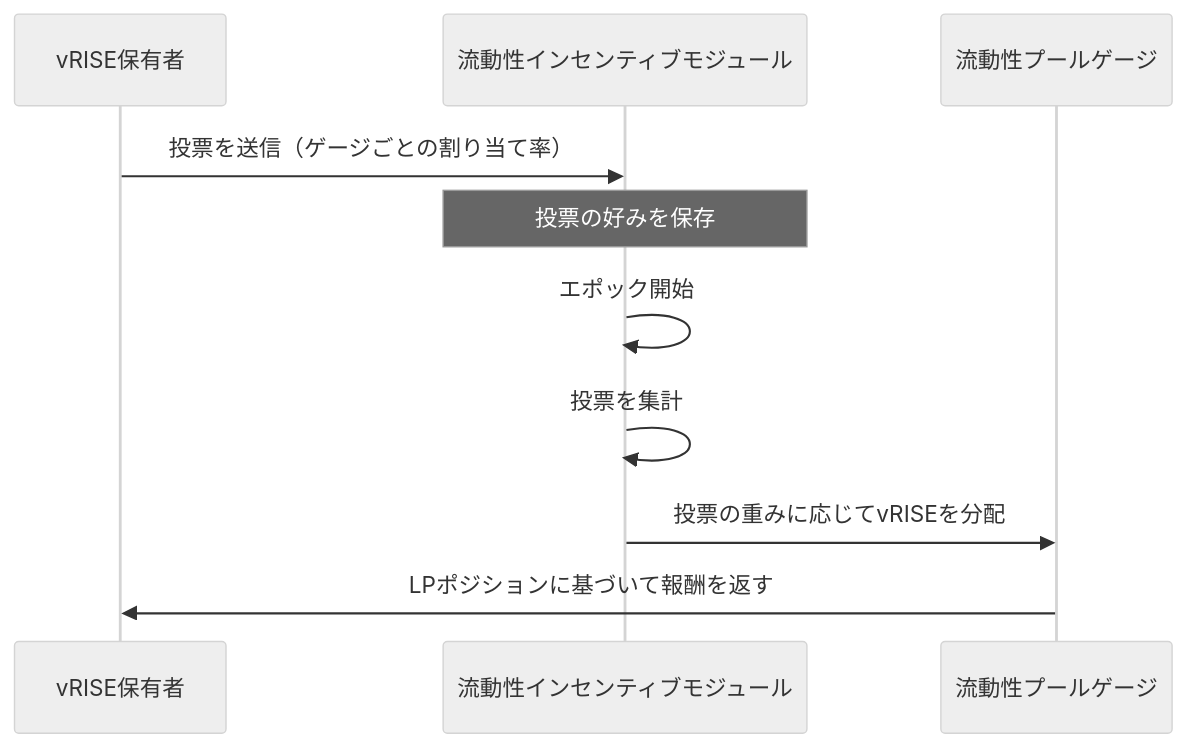
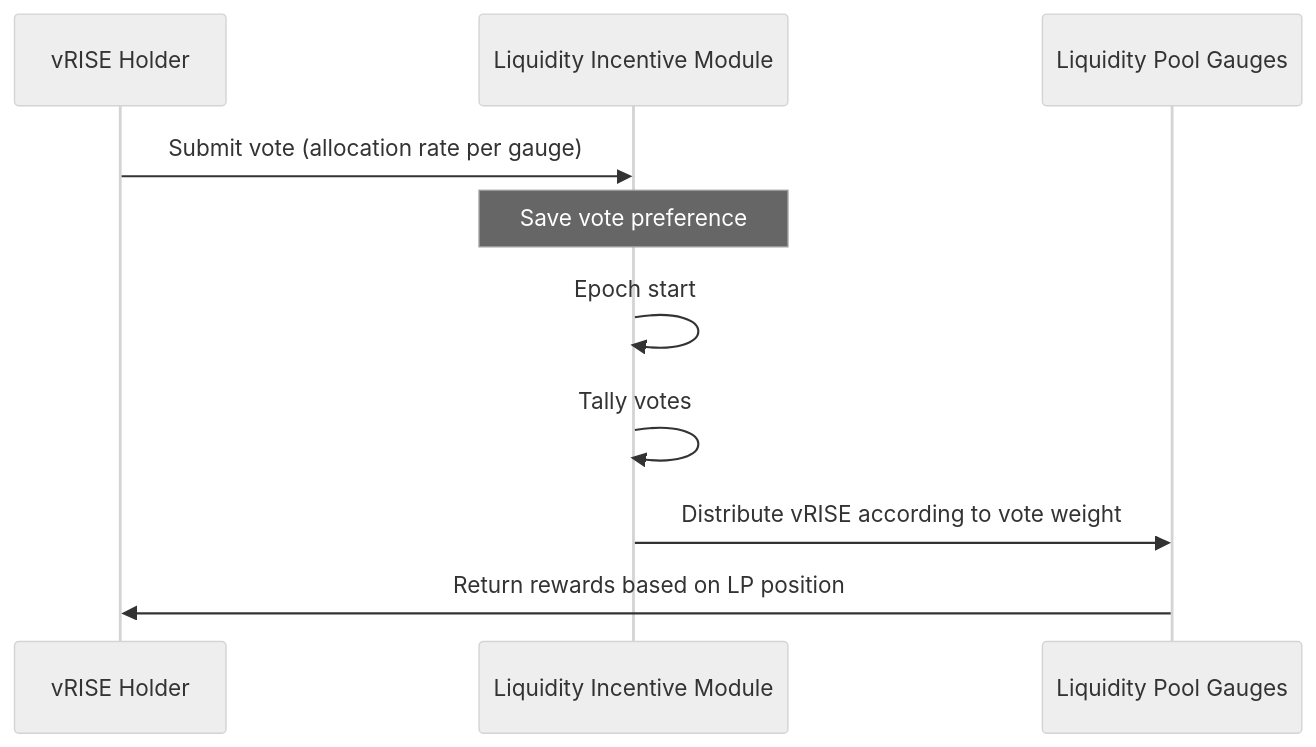
One commit to sunriselayer/gitbook changed the diagram in ja/learn/sunrise/gauges-voting.md. Above: the diagram before and after it, drawn with Mermaid (neutral theme). The commit also changed 19 other files, not shown here.

````diff
--- a/ja/learn/sunrise/gauges-voting.md
+++ b/ja/learn/sunrise/gauges-voting.md
@@ -22,13 +22,13 @@
 ```mermaid
 sequenceDiagram
-  participant Voter as vRISE保有者
-  participant Module as 流動性インセンティブモジュール
-  participant Gauges as 流動性プールゲージ
+  participant Voter as vRISE Holder
+  participant Module as Liquidity Incentive Module
+  participant Gauges as Liquidity Pool Gauges
 
-  Voter->>Module: 投票を送信（ゲージごとの割り当て率）
-  Note over Module: 投票の好みを保存
-  Module->>Module: エポック開始
-  Module->>Module: 投票を集計
-  Module->>Gauges: 投票の重みに応じてvRISEを分配
-  Gauges->>Voter: LPポジションに基づいて報酬を返す
+  Voter->>Module: Submit vote (allocation rate per gauge)
+  Note over Module: Save vote preference
+  Module->>Module: Epoch start
+  Module->>Module: Tally votes
+  Module->>Gauges: Distribute vRISE according to vote weight
+  Gauges->>Voter: Return rewards based on LP position
 ```
````
